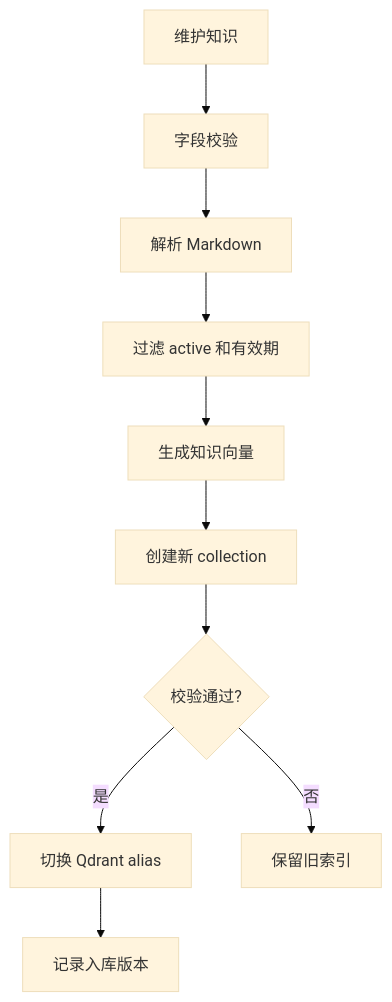
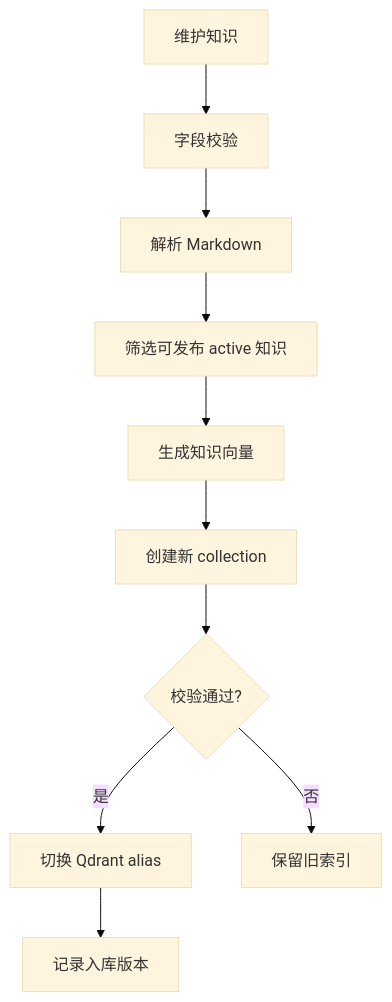
One commit to YYHRICH/dalizai-knowledge-rag-service changed the sixth of 32 diagrams in docs/rag_service_design_report_v1.0.md. Above: the diagram before and after it, drawn with Mermaid (base theme). The commit also changed other lines of this file, not shown here.

````diff
--- a/docs/rag_service_design_report_v1.0.md
+++ b/docs/rag_service_design_report_v1.0.md
@@ -149,12 +149,12 @@
 ```mermaid
 flowchart TB
     Edit[维护知识] --> Validate[字段校验]
     Validate --> Parse[解析 Markdown]
-    Parse --> Active[过滤 active 和有效期]
+    Parse --> Active[筛选可发布 active 知识]
     Active --> Embed[生成知识向量]
     Embed --> NewCollection[创建新 collection]
     NewCollection --> Switch{校验通过?}
     Switch -- 是 --> Alias[切换 Qdrant alias]
     Switch -- 否 --> Keep[保留旧索引]
     Alias --> Record[记录入库版本]
 ```
````
